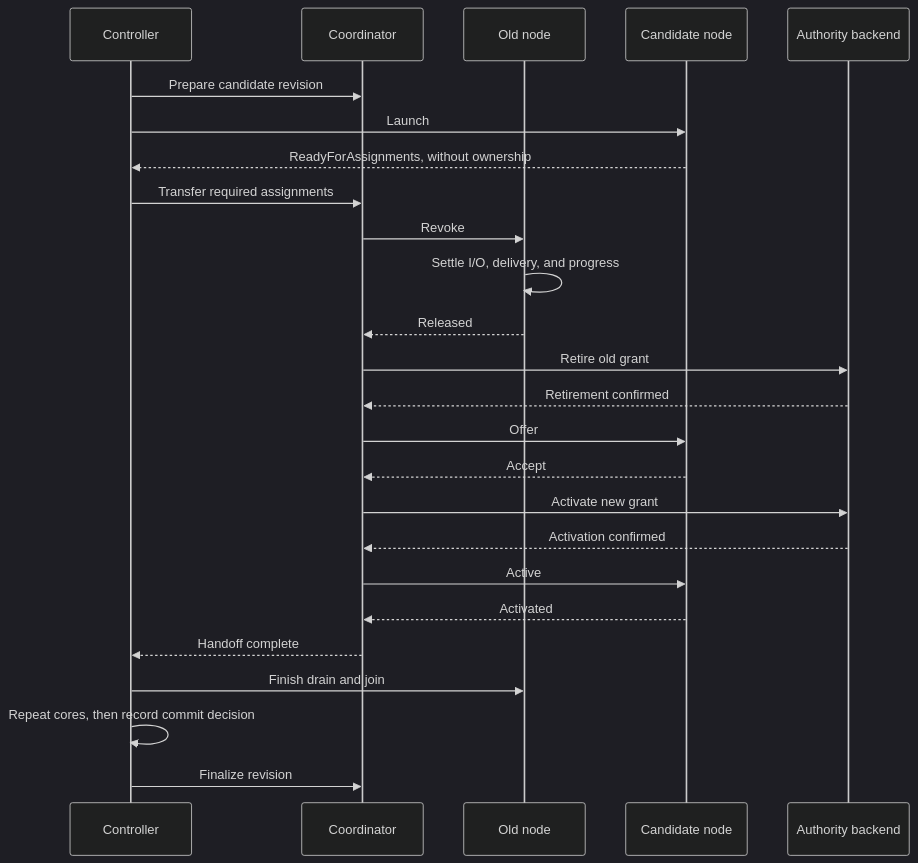
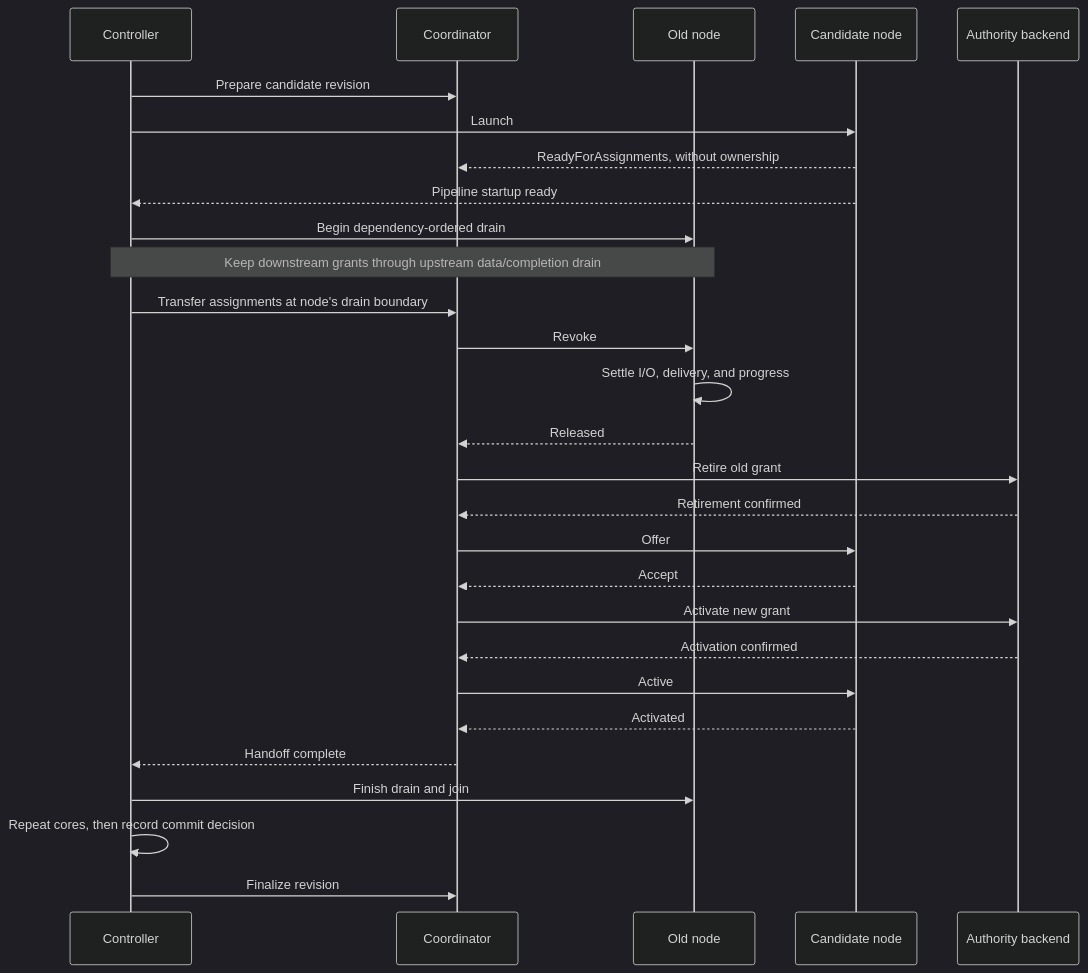
Before and after one commit to open-telemetry/otel-arrow: the third of 3 diagrams in rust/otap-dataflow/rfcs/0000-work-coordinator.md, drawn with Mermaid (dark theme). The commit also changed other lines of this file, not shown here.

````diff
--- a/rust/otap-dataflow/rfcs/0000-work-coordinator.md
+++ b/rust/otap-dataflow/rfcs/0000-work-coordinator.md
@@ -189,27 +236,30 @@
 ```mermaid
 sequenceDiagram
     participant C as Controller
     participant W as Coordinator
     participant O as Old node
     participant N as Candidate node
     participant B as Authority backend
     C->>W: Prepare candidate revision
     C->>N: Launch
-    N-->>C: ReadyForAssignments, without ownership
-    C->>W: Transfer required assignments
+    N-->>W: ReadyForAssignments, without ownership
+    N-->>C: Pipeline startup ready
+    C->>O: Begin dependency-ordered drain
+    Note over C,O: Keep downstream grants through upstream data/completion drain
+    C->>W: Transfer assignments at node's drain boundary
     W->>O: Revoke
     O->>O: Settle I/O, delivery, and progress
     O-->>W: Released
     W->>B: Retire old grant
     B-->>W: Retirement confirmed
     W->>N: Offer
     N-->>W: Accept
     W->>B: Activate new grant
     B-->>W: Activation confirmed
     W->>N: Active
     N-->>W: Activated
     W-->>C: Handoff complete
     C->>O: Finish drain and join
     C->>C: Repeat cores, then record commit decision
     C->>W: Finalize revision
 ```
````
